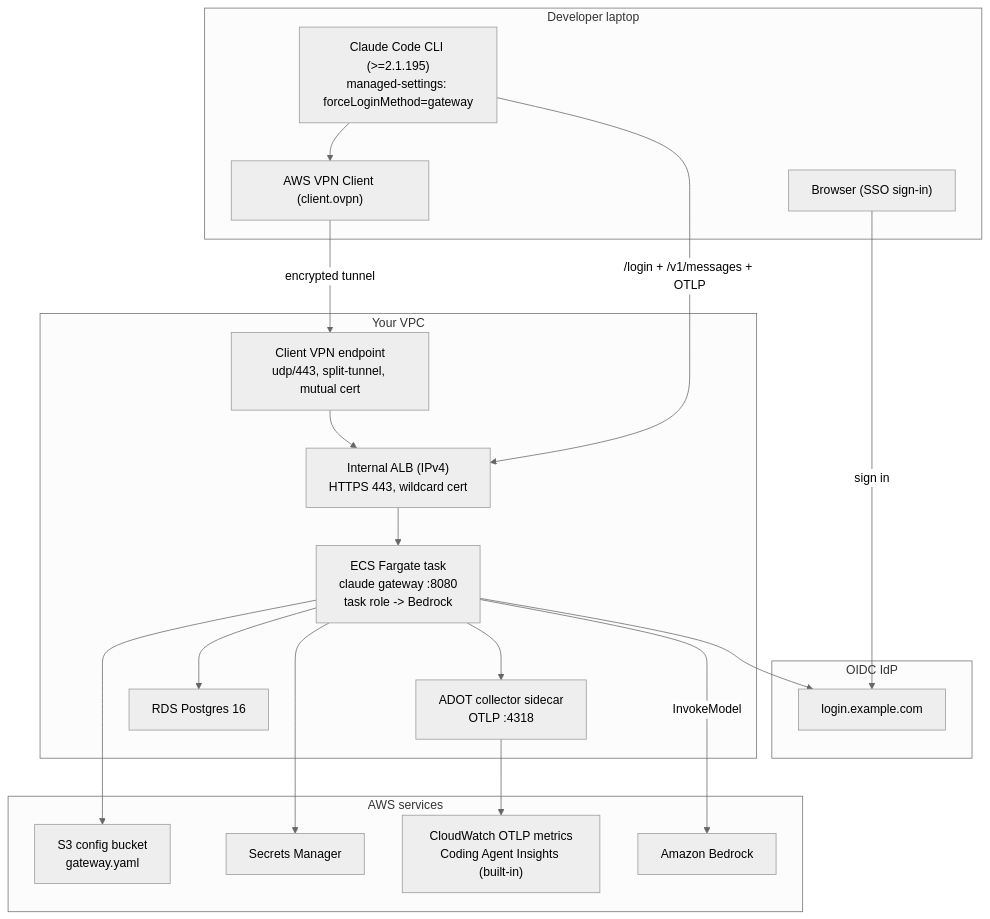
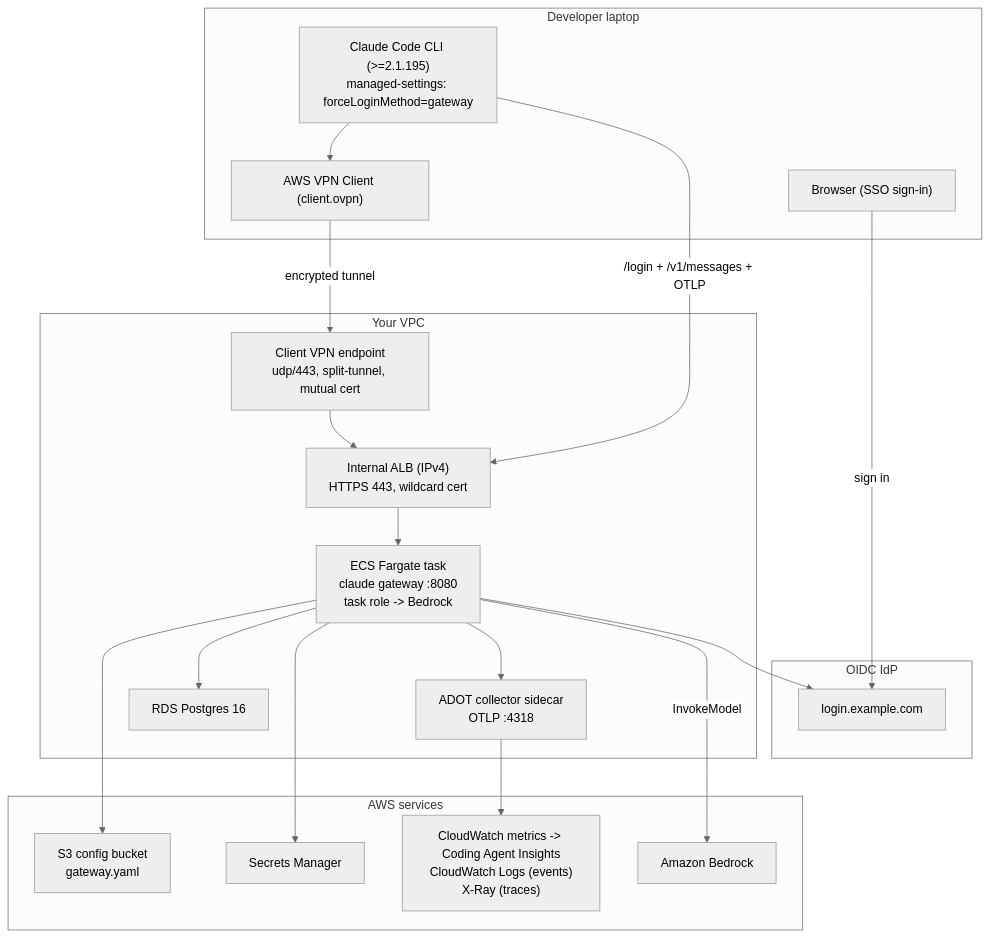
One commit to aidin-repo/claude-apps-gateway-aws changed the diagram in README.md. Above: the diagram before and after it, drawn with Mermaid (neutral theme). The commit also changed other lines of this file and 2 other files, not shown here.

First line of the commit message:
feat(telemetry): capture events and traces alongside metrics

````diff
--- a/README.md
+++ b/README.md
@@ -31,37 +32,37 @@
 ```mermaid
 graph TD
     subgraph Laptop["Developer laptop"]
         CLI["Claude Code CLI (>=2.1.195)<br/>managed-settings: forceLoginMethod=gateway"]
         VPNC["AWS VPN Client (client.ovpn)"]
         BR["Browser (SSO sign-in)"]
     end
     subgraph IdP["OIDC IdP"]
         OIDC["login.example.com"]
     end
     subgraph VPC["Your VPC"]
         VPNE["Client VPN endpoint<br/>udp/443, split-tunnel, mutual cert"]
         ALB["Internal ALB (IPv4)<br/>HTTPS 443, wildcard cert"]
         FARGATE["ECS Fargate task<br/>claude gateway :8080<br/>task role -> Bedrock"]
         OTEL["ADOT collector sidecar<br/>OTLP :4318"]
         RDS["RDS Postgres 16"]
     end
     subgraph AWSsvc["AWS services"]
         S3C["S3 config bucket<br/>gateway.yaml"]
         SM["Secrets Manager"]
-        CWM["CloudWatch OTLP metrics<br/>Coding Agent Insights (built-in)"]
+        CWM["CloudWatch metrics -> Coding Agent Insights<br/>CloudWatch Logs (events)<br/>X-Ray (traces)"]
         BED["Amazon Bedrock"]
     end
     CLI --> VPNC
     VPNC -->|encrypted tunnel| VPNE
     VPNE --> ALB
     CLI -->|/login + /v1/messages + OTLP| ALB
     ALB --> FARGATE
     FARGATE --> OIDC
     FARGATE --> RDS
     FARGATE -->|InvokeModel| BED
     FARGATE --> S3C
     FARGATE --> SM
     FARGATE --> OTEL
     OTEL --> CWM
     BR -->|sign in| OIDC
 ```
````
